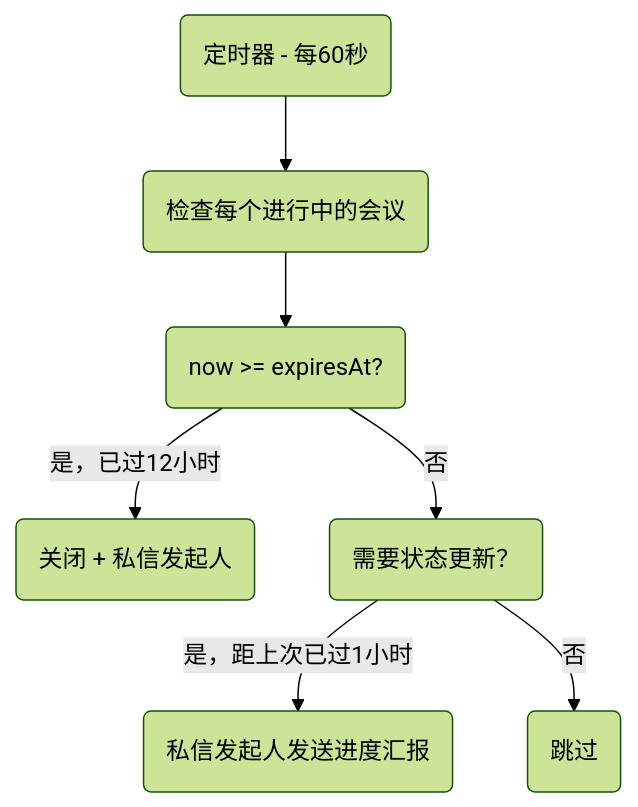
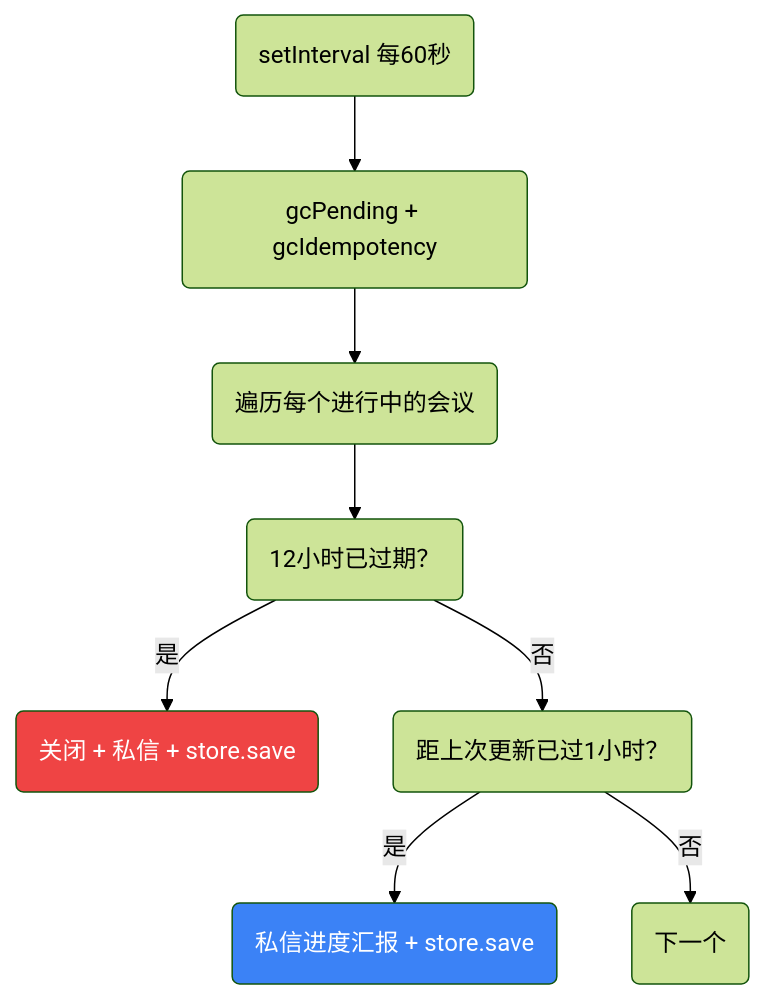
Before and after one commit to javana3/claw_meeting_all: diagram 12 of 13 in README.zh-CN.md, drawn with Mermaid (forest theme). The commit also changed other lines of this file and 4 other files, not shown here.

First line of the commit message:
docs: rewrite all 5 READMEs with detailed Plugin/Skill flow + diff

````diff
--- a/README.zh-CN.md
+++ b/README.zh-CN.md
@@ -157,9 +365,13 @@
 ```mermaid
 graph TD
-    A(定时器 - 每60秒) --> B(检查每个进行中的会议)
-    B --> C(now >= expiresAt?)
-    C -->|是，已过12小时| D(关闭 + 私信发起人)
-    C -->|否| E(需要状态更新？)
-    E -->|是，距上次已过1小时| F(私信发起人发送进度汇报)
-    E -->|否| G(跳过)
+    TICK(setInterval 每60秒) --> GC(gcPending + gcIdempotency)
+    GC --> LOOP(遍历每个进行中的会议)
+    LOOP --> EXP(12小时已过期？)
+    EXP -->|是| CLOSE(关闭 + 私信 + store.save)
+    EXP -->|否| STATUS(距上次更新已过1小时？)
+    STATUS -->|是| DM(私信进度汇报 + store.save)
+    STATUS -->|否| NEXT(下一个)
+
+    style CLOSE fill:#ef4444,color:#fff
+    style DM fill:#3b82f6,color:#fff
 ```
````
